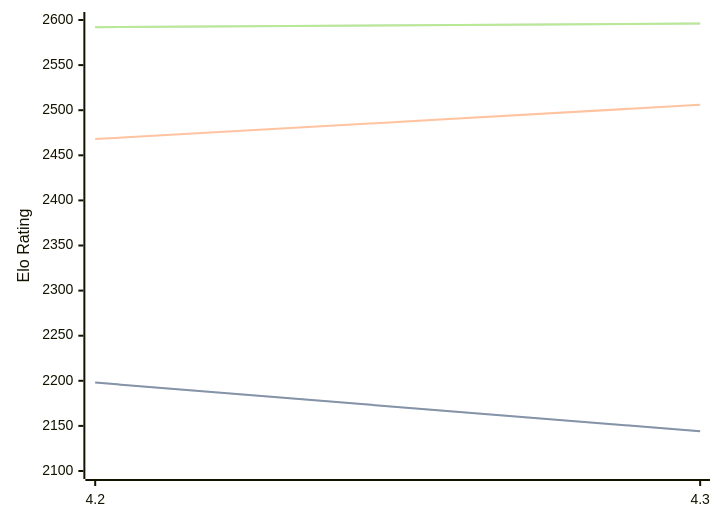
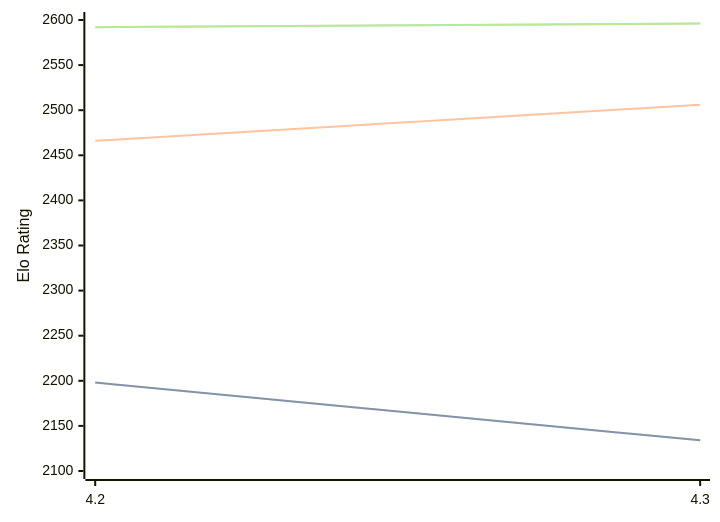
Before and after one commit to computer-chess-index/cci: the diagram in engines/Eubos.md, drawn with Mermaid. The commit also changed other lines of this file, not shown here.

Commit message:
Update CCI Ratings (ELO VLTC) - 2026-03-17

````diff
--- a/engines/Eubos.md
+++ b/engines/Eubos.md
@@ -86,11 +86,11 @@
 ```mermaid
 %%{init: {"theme":"base","themeVariables":{"seriesColors:['#a3a3a3','#222221','#faa371']}}}%%
 xychart-beta
   x-axis ["4.2", "4.3"]
   y-axis "Elo Rating" 2100 --> 2600
-  line "STC (8.0+0.08s)" [2198, 2144]
-  line "STC (8.0+0.08s)" [2198, 2144]
-  line "LTC (60.0+0.60s)" [2468, 2506]
+  line "STC (8.0+0.08s)" [2198, 2134]
+  line "STC (8.0+0.08s)" [2198, 2134]
+  line "LTC (60.0+0.60s)" [2466, 2506]
   line "VLTC (2m24s+1.12s)" [2592, 2596]
   line "VLTC (2m24s+1.12s)" [2592, 2596]
 ```
````
